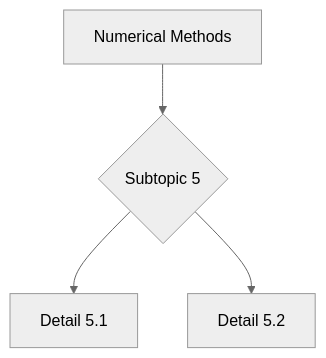
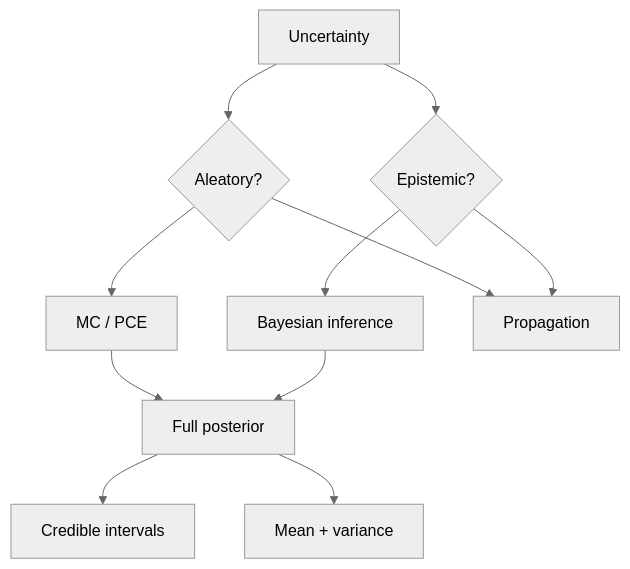
One commit to yip-lgtm/PhysicsSelfStudy changed the fifth of 6 diagrams in 02_MSc_DataDriven_Modeling/core_courses/MSDM_5004_Numerical_Methods/README.md. Above: the diagram before and after it, drawn with Mermaid (neutral theme). The commit also changed other lines of this file and 17 other files, not shown here.

````diff
--- a/02_MSc_DataDriven_Modeling/core_courses/MSDM_5004_Numerical_Methods/README.md
+++ b/02_MSc_DataDriven_Modeling/core_courses/MSDM_5004_Numerical_Methods/README.md
@@ -291,6 +647,13 @@
 ```mermaid
 graph TD
-    A[Numerical Methods] --> B{Subtopic 5}
-    B --> C[Detail 5.1]
-    B --> D[Detail 5.2]
+    A[Uncertainty] --> B{Aleatory?}
+    A --> C{Epistemic?}
+    B --> D[MC / PCE]
+    C --> E[Bayesian inference]
+    B --> F[Propagation]
+    C --> F
+    D --> G[Full posterior]
+    E --> G
+    G --> H[Credible intervals]
+    G --> I[Mean + variance]
 ```
````
